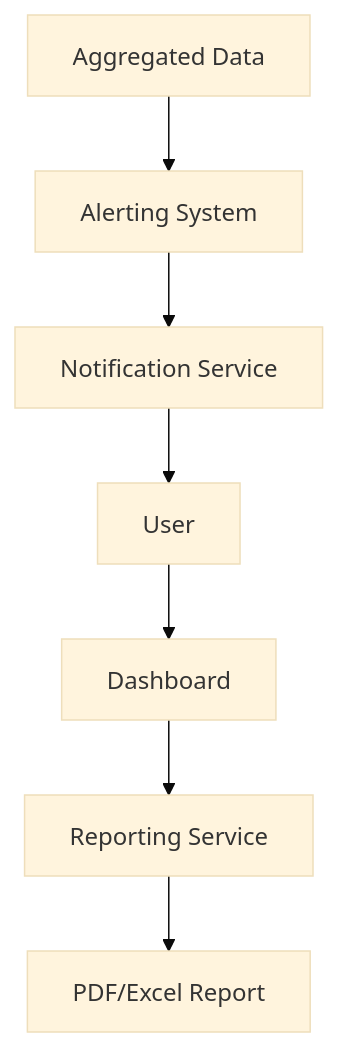
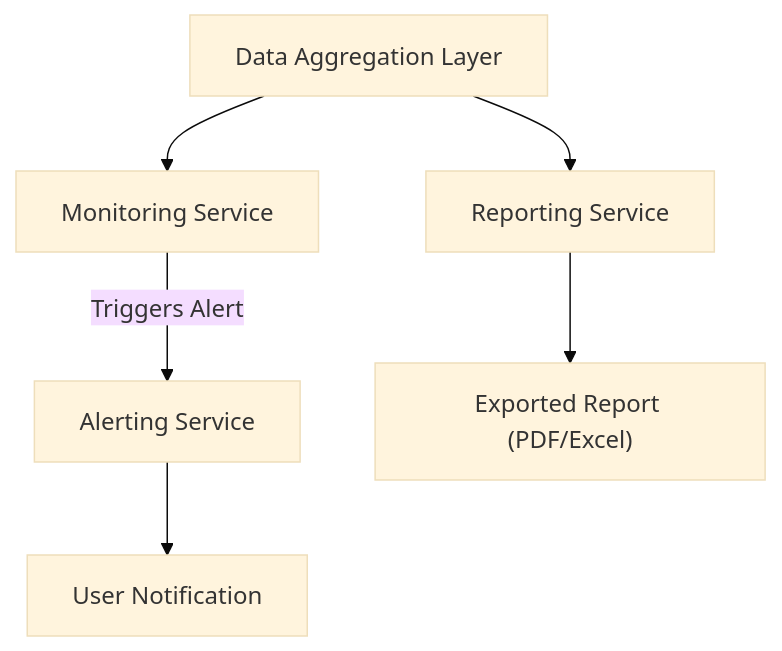
One commit to Davamani-git/APB_Demo changed the diagram in HLD/QE-3971_HLD.md. Above: the diagram before and after it, drawn with Mermaid (base theme). The commit also changed other lines of this file and 3 other files, not shown here.

````diff
--- a/HLD/QE-3971_HLD.md
+++ b/HLD/QE-3971_HLD.md
@@ -4,16 +4,14 @@
 ```mermaid
 flowchart TD
-    DS["Aggregated Data"]
-    AS["Alerting System"]
-    NS["Notification Service"]
-    U["User"]
-    DB["Dashboard"]
-    RS["Reporting Service"]
-    F["PDF/Excel Report"]
-    DS --> AS
-    AS --> NS
-    NS --> U
-    U --> DB
-    DB --> RS
-    RS --> F
+    A["Data Aggregation Layer"]
+    B["Monitoring Service"]
+    C["Alerting Service"]
+    D["User Notification"]
+    E["Reporting Service"]
+    F["Exported Report (PDF/Excel)"]
+    A --> B
+    B -- Triggers Alert --> C
+    C --> D
+    A --> E
+    E --> F
 ```
````
